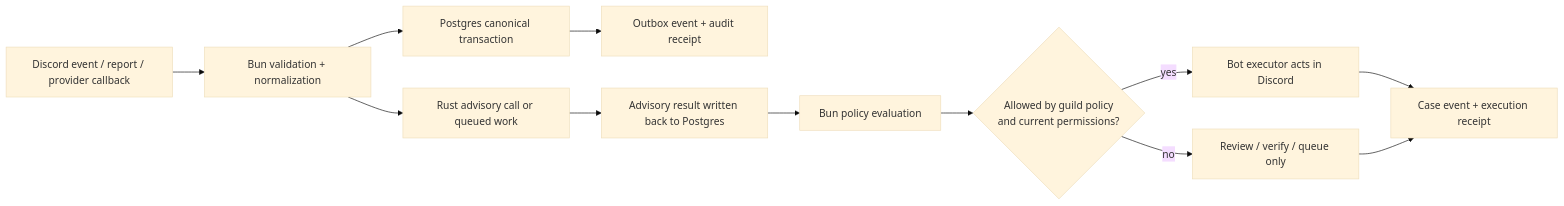
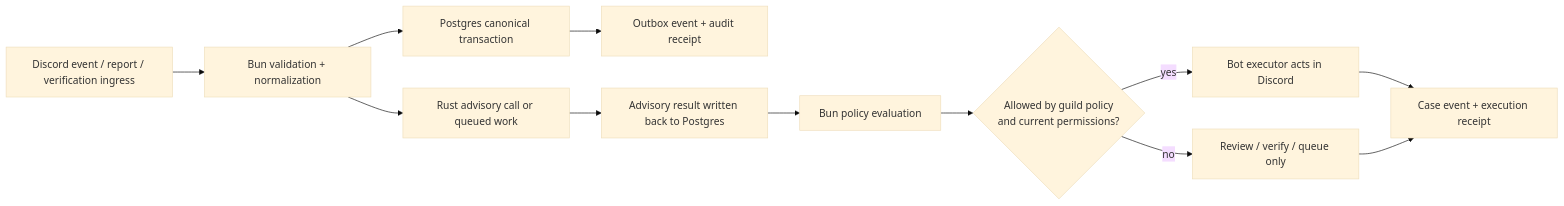
One commit to Yeusepe/humanify changed the second of 3 diagrams in docs/architecture.md. Above: the diagram before and after it, drawn with Mermaid (base theme). The commit also changed other lines of this file and 35 other files, not shown here.

````diff
--- a/docs/architecture.md
+++ b/docs/architecture.md
@@ -87,14 +110,14 @@
 ```mermaid
 flowchart LR
-  A[Discord event / report / provider callback] --> B[Bun validation + normalization]
+  A[Discord event / report / verification ingress] --> B[Bun validation + normalization]
   B --> C[Postgres canonical transaction]
   C --> D[Outbox event + audit receipt]
   B --> E[Rust advisory call or queued work]
   E --> F[Advisory result written back to Postgres]
   F --> G[Bun policy evaluation]
   G --> H{Allowed by guild policy<br/>and current permissions?}
   H -->|yes| I[Bot executor acts in Discord]
   H -->|no| J[Review / verify / queue only]
   I --> K[Case event + execution receipt]
   J --> K
 ```
````
